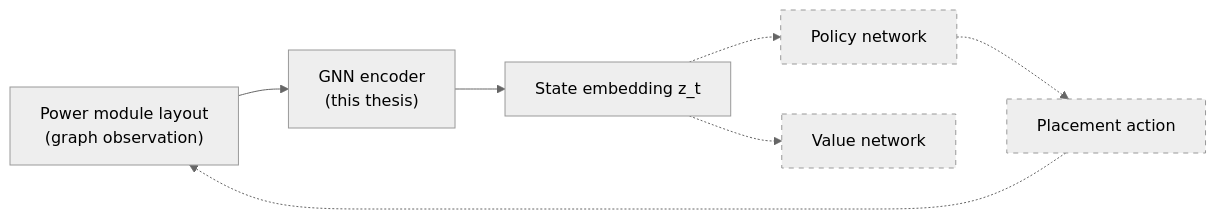
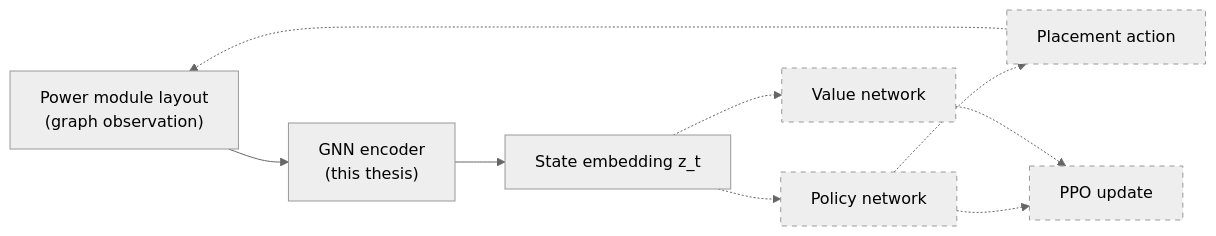
One commit to gmzonder/gnn-power-module-layout changed the first of 3 diagrams in README.md. Above: the diagram before and after it, drawn with Mermaid (neutral theme). The commit also changed other lines of this file, not shown here.

Commit message:
Align diagrams with thesis figures

````diff
--- a/README.md
+++ b/README.md
@@ -42,11 +42,13 @@
 ```mermaid
 flowchart LR
     L["Power module layout<br/>(graph observation)"] --> E["GNN encoder<br/>(this thesis)"]
     E --> Z["State embedding z_t"]
     Z -.-> P["Policy network"]
     Z -.-> V["Value network"]
     P -.-> A["Placement action"]
     A -.-> L
+    P -.-> U["PPO update"]
+    V -.-> U
     classDef future stroke-dasharray: 5 5
-    class P,V,A future
+    class P,V,A,U future
 ```
````
